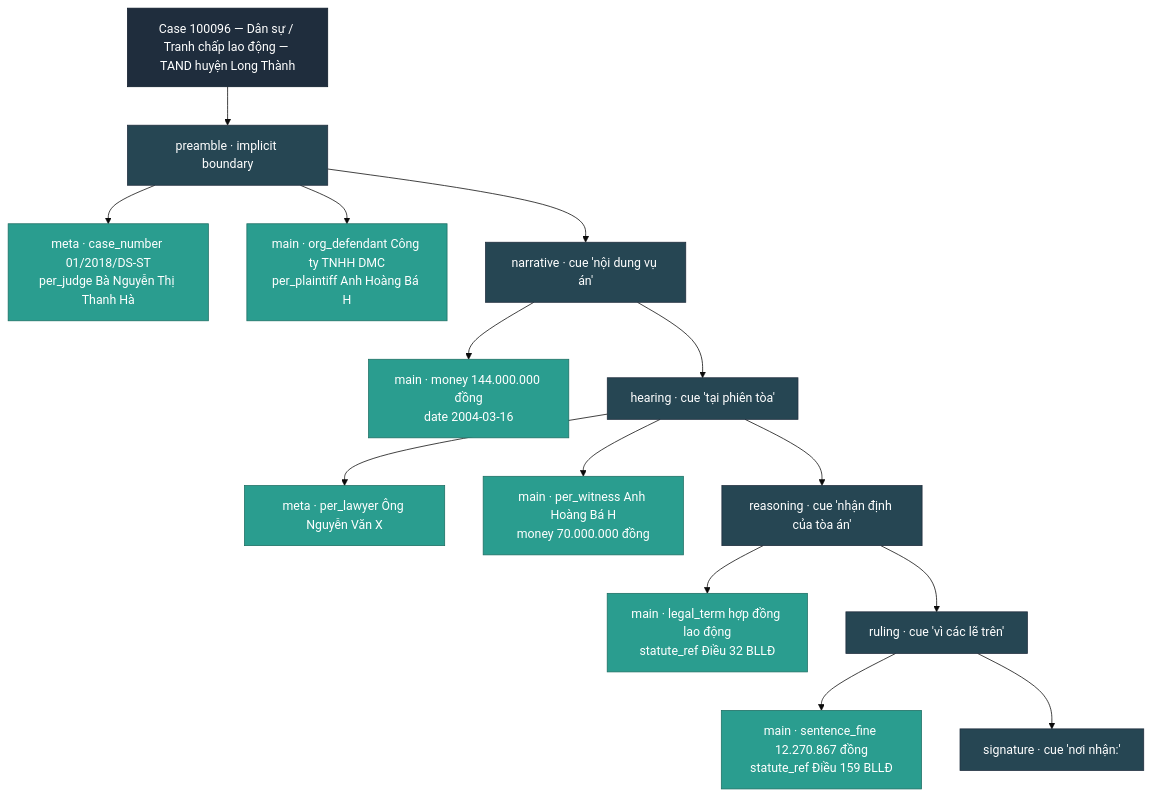
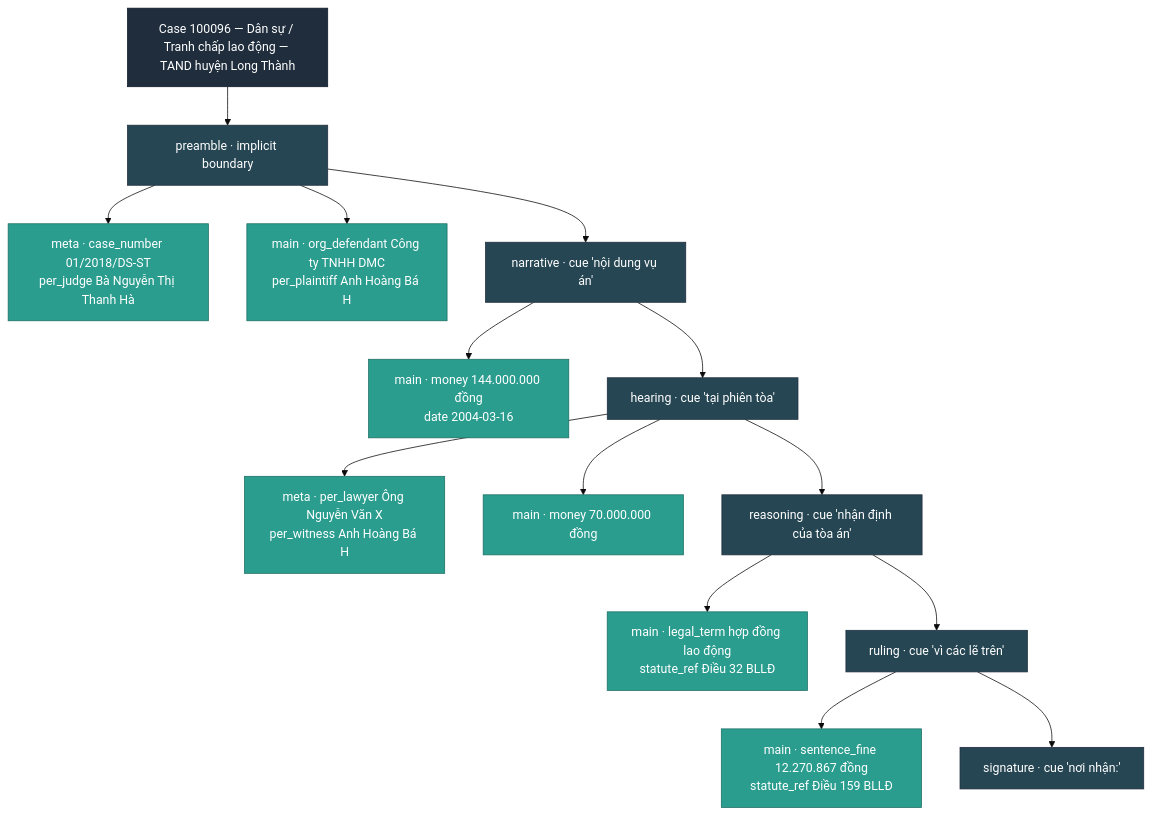
Before and after one commit to tmquan/ViLA: the diagram in wiki/DEVELOPMENT.md, drawn with Mermaid (base theme). The commit also changed other lines of this file and 12 other files, not shown here.

First line of the commit message:
Refactor timeline structure to consolidate event lanes and enhance case header

````diff
--- a/wiki/DEVELOPMENT.md
+++ b/wiki/DEVELOPMENT.md
@@ -626,41 +635,41 @@
 ```mermaid
 flowchart TB
     H[Case 100096 — Dân sự / Tranh chấp lao động — TAND huyện Long Thành]:::header
 
     P[preamble · implicit boundary]:::phase
     P_meta[meta · case_number 01/2018/DS-ST<br/>per_judge Bà Nguyễn Thị Thanh Hà]:::introduced
     P_main[main · org_defendant Công ty TNHH DMC<br/>per_plaintiff Anh Hoàng Bá H]:::introduced
 
     N[narrative · cue 'nội dung vụ án']:::phase
     N_main[main · money 144.000.000 đồng<br/>date 2004-03-16]:::introduced
 
     R[hearing · cue 'tại phiên tòa']:::phase
-    R_meta[meta · per_lawyer Ông Nguyễn Văn X]:::introduced
-    R_main[main · per_witness Anh Hoàng Bá H<br/>money 70.000.000 đồng]:::introduced
+    R_meta[meta · per_lawyer Ông Nguyễn Văn X<br/>per_witness Anh Hoàng Bá H]:::introduced
+    R_main[main · money 70.000.000 đồng]:::introduced
 
     J[reasoning · cue 'nhận định của tòa án']:::phase
     J_main[main · legal_term hợp đồng lao động<br/>statute_ref Điều 32 BLLĐ]:::introduced
 
     O[ruling · cue 'vì các lẽ trên']:::phase
     O_main[main · sentence_fine 12.270.867 đồng<br/>statute_ref Điều 159 BLLĐ]:::introduced
 
     S["signature · cue 'nơi nhận:'"]:::phase
 
     H --> P
     P --> P_meta
     P --> P_main
     P --> N
     N --> N_main
     N --> R
     R --> R_meta
     R --> R_main
     R --> J
     J --> J_main
     J --> O
     O --> O_main
     O --> S
 
     classDef header  fill:#1f2d3d,stroke:#0d1b2a,color:#ffffff;
     classDef phase   fill:#264653,stroke:#1f2d3d,color:#ffffff;
     classDef introduced fill:#2a9d8f,stroke:#1d6f64,color:#ffffff;
 ```
````
